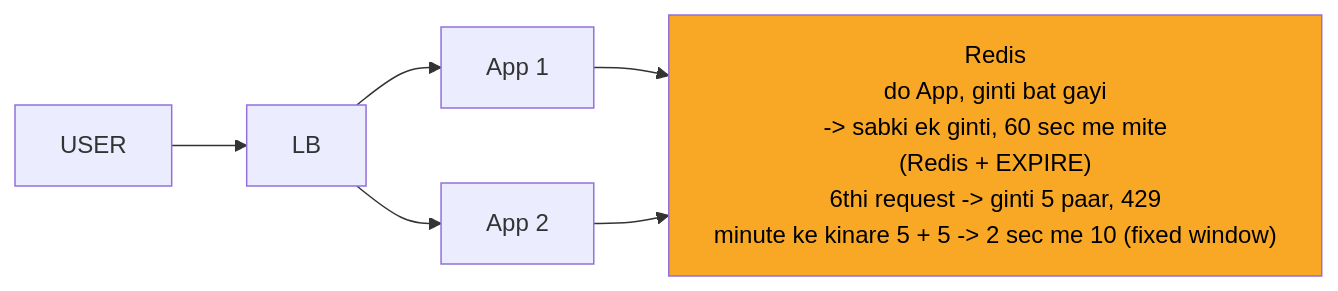
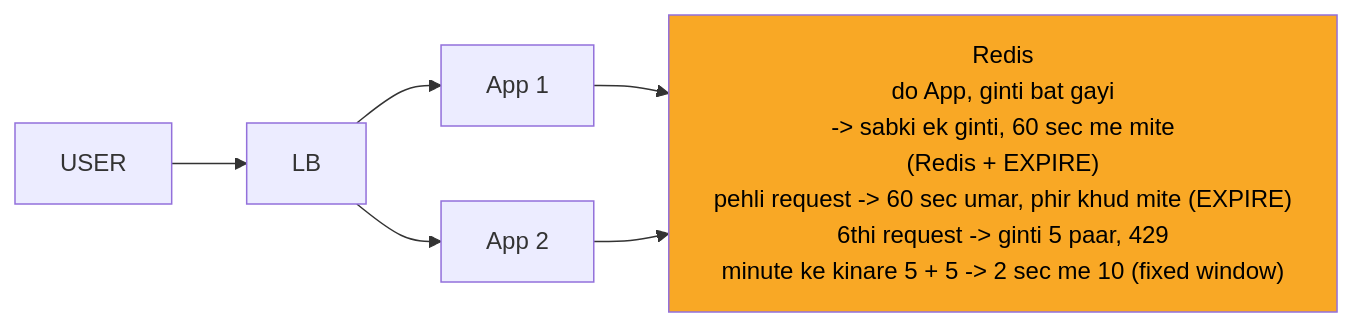
Before and after one commit to ArpanMaheshwari144/Prep: the second of 11 diagrams in 04_HLD/SYSTEM_DESIGNS/02_rate_limiter/02_rate_limiter.md, drawn with Mermaid. The commit also changed other lines of this file and 7 other files, not shown here.

````diff
--- a/04_HLD/SYSTEM_DESIGNS/02_rate_limiter/02_rate_limiter.md
+++ b/04_HLD/SYSTEM_DESIGNS/02_rate_limiter/02_rate_limiter.md
@@ -115,15 +115,15 @@
 ```mermaid
 %%{init: {"flowchart": {"wrappingWidth": 450}}}%%
 flowchart LR
     n_USER["USER"]
     n_LB["LB"]
     n_App_x_N_1["App 1"]
     n_App_x_N_2["App 2"]
-    n_Redis["Redis<br/>do App, ginti bat gayi<br/>-> sabki ek ginti, 60 sec me mite<br/>(Redis + EXPIRE)<br/>6thi request -> ginti 5 paar, 429<br/>minute ke kinare 5 + 5 -> 2 sec me 10 (fixed window)"]
+    n_Redis["Redis<br/>do App, ginti bat gayi<br/>-> sabki ek ginti, 60 sec me mite<br/>(Redis + EXPIRE)<br/>pehli request -> 60 sec umar, phir khud mite (EXPIRE)<br/>6thi request -> ginti 5 paar, 429<br/>minute ke kinare 5 + 5 -> 2 sec me 10 (fixed window)"]
     n_USER --> n_LB
     n_LB --> n_App_x_N_1
     n_LB --> n_App_x_N_2
     n_App_x_N_1 --> n_Redis
     n_App_x_N_2 --> n_Redis
     style n_Redis fill:#f9a825,color:#000
 ```
````
